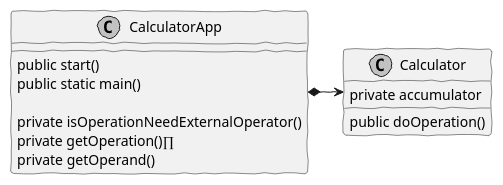
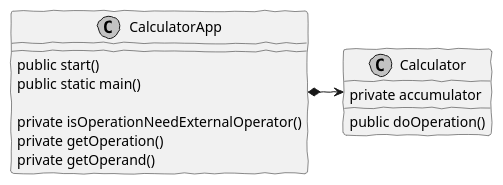
One commit to Wultyc/ISEP_2021_1A1S_ODSOFT changed the diagram in calculator/src/main/puml/com/twu/calculator/class-diagram.puml. Above: the diagram before and after it, drawn with PlantUML. The commit also changed 3 other files, not shown here.

```diff
--- a/calculator/src/main/puml/com/twu/calculator/class-diagram.puml
+++ b/calculator/src/main/puml/com/twu/calculator/class-diagram.puml
@@ -1,24 +1,24 @@
 @startuml class-diagram.png
 skinparam handwritten true
 skinparam monochrome true
 skinparam packageStyle rect
 skinparam defaultFontName FG Virgil
 skinparam shadowing false
   
 class CalculatorApp {
   public start()
   public static main()
 
   private isOperationNeedExternalOperator()
-  private getOperation()∏
+  private getOperation()
   private getOperand()
 }
 class Calculator {
 private accumulator
 
 public doOperation()
 }
 
 CalculatorApp *-> Calculator
 
 @enduml
```
